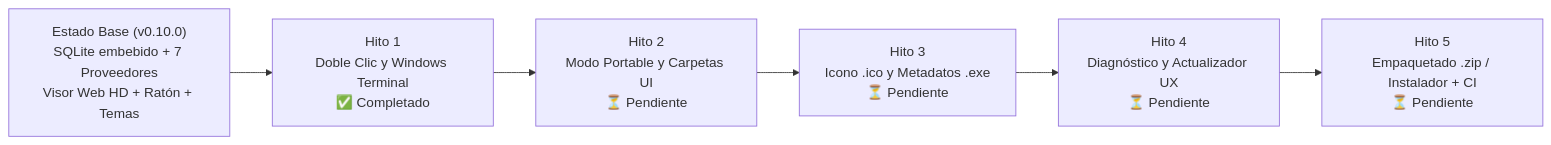
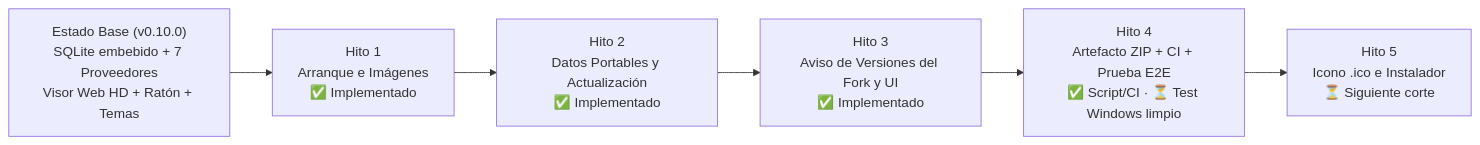
One commit to tomahawk1103/manga-tui changed the diagram in ROADMAP.md. Above: the diagram before and after it, drawn with Mermaid. The commit also changed other lines of this file and 8 other files, not shown here.

Commit message:
feat(windows): implement portable mode, Windows ZIP packager and roadmap criteria

````diff
--- a/ROADMAP.md
+++ b/ROADMAP.md
@@ -5,11 +5,11 @@
 ```mermaid
 flowchart LR
     Base["Estado Base (v0.10.0)<br/>SQLite embebido + 7 Proveedores<br/>Visor Web HD + Ratón + Temas"]
-    H1["Hito 1<br/>Doble Clic y Windows Terminal<br/>✅ Completado"]
-    H2["Hito 2<br/>Modo Portable y Carpetas UI<br/>⏳ Pendiente"]
-    H3["Hito 3<br/>Icono .ico y Metadatos .exe<br/>⏳ Pendiente"]
-    H4["Hito 4<br/>Diagnóstico y Actualizador UX<br/>⏳ Pendiente"]
-    H5["Hito 5<br/>Empaquetado .zip / Instalador + CI<br/>⏳ Pendiente"]
+    H1["Hito 1<br/>Arranque e Imágenes<br/>✅ Implementado"]
+    H2["Hito 2<br/>Datos Portables y Actualización<br/>✅ Implementado"]
+    H3["Hito 3<br/>Aviso de Versiones del Fork y UI<br/>✅ Implementado"]
+    H4["Hito 4<br/>Artefacto ZIP + CI + Prueba E2E<br/>✅ Script/CI · ⏳ Test Windows limpio"]
+    H5["Hito 5<br/>Icono .ico e Instalador<br/>⏳ Siguiente corte"]
 
     Base --> H1 --> H2 --> H3 --> H4 --> H5
 ```
````
